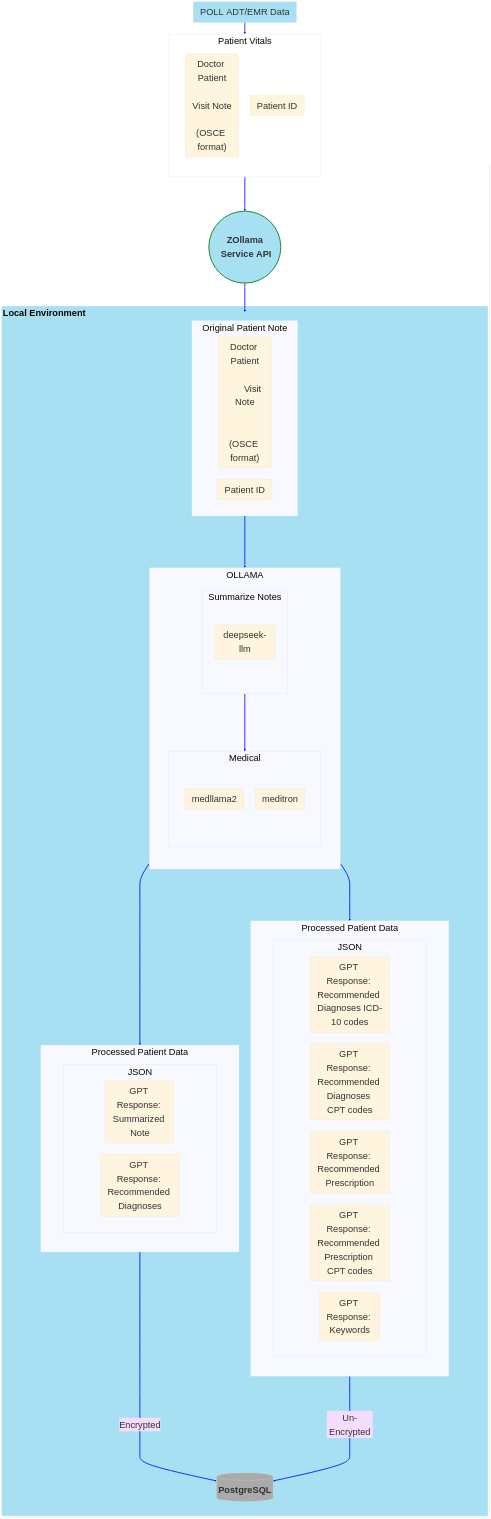
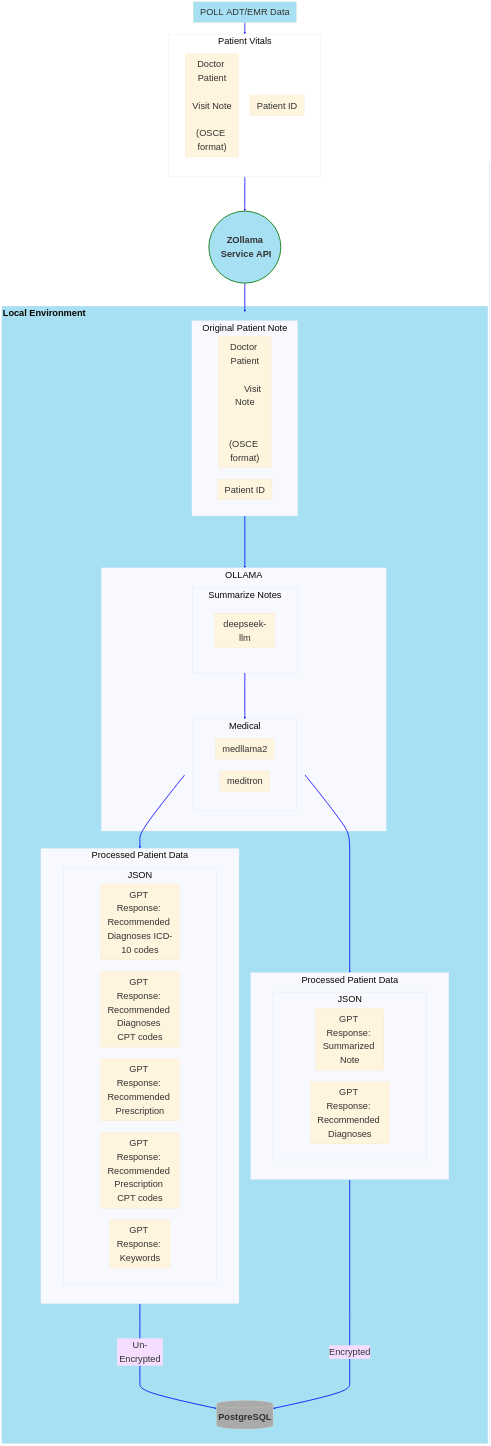
One commit to ovaisq/LLM-MedBillingForecast changed the first of 3 diagrams in README.md. Above: the diagram before and after it, drawn with Mermaid.

```diff
--- a/README.md
+++ b/README.md
@@ -18,8 +18,9 @@
 
 
     EMRADT ==> PV ====> ZZ ===> PVO
-    PVO ====> OLLAMA ====> EPPD ==Encrypted=====> PSQL
-    OLLAMA ==> PPD ==Un-Encrypted=====> PSQL
+    PVO ====> OLLAMA
+    Med ==> PPD ==Un-Encrypted=====> PSQL
+    Med ==> EPPD ==Encrypted=====> PSQL
     Summary ===> Med
   
     subgraph PV["Patient&nbspVitals"]
```
